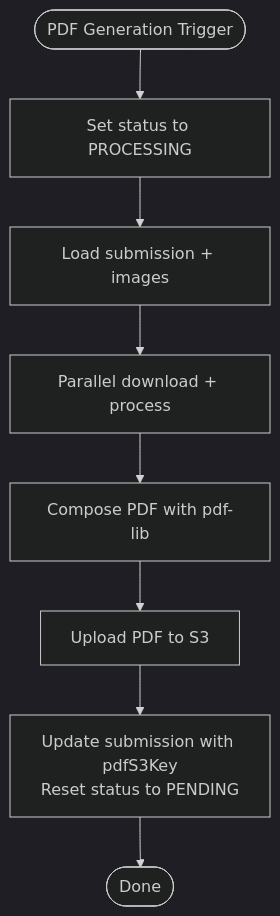
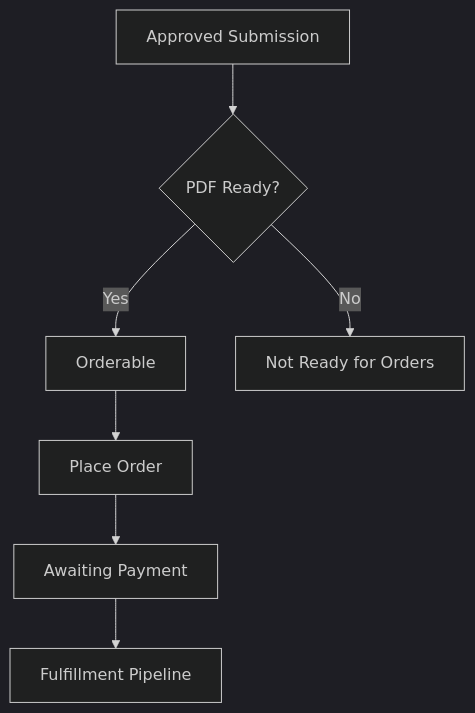
One commit to Crowdspender/titchybooks-app changed the seventh of 9 diagrams in .qoder/repowiki/en/content/User Dashboard/User Dashboard.md. Above: the diagram before and after it, drawn with Mermaid (dark theme). The commit also changed other lines of this file and 62 other files, not shown here.

````diff
--- a/.qoder/repowiki/en/content/User Dashboard/User Dashboard.md
+++ b/.qoder/repowiki/en/content/User Dashboard/User Dashboard.md
@@ -355,10 +280,9 @@
 ```mermaid
 flowchart TD
-Start(["PDF Generation Trigger"]) --> Lock["Set status to PROCESSING"]
-Lock --> Load["Load submission + images"]
-Load --> Parallel["Parallel download + process"]
-Parallel --> Compose["Compose PDF with pdf-lib"]
-Compose --> Upload["Upload PDF to S3"]
-Upload --> Update["Update submission with pdfS3Key<br/>Reset status to PENDING"]
-Update --> End(["Done"])
+Submission["Approved Submission"] --> Ready{"PDF Ready?"}
+Ready --> |Yes| Orderable["Orderable"]
+Ready --> |No| NotReady["Not Ready for Orders"]
+Orderable --> PlaceOrder["Place Order"]
+PlaceOrder --> Payment["Awaiting Payment"]
+Payment --> Fulfillment["Fulfillment Pipeline"]
 ```
````
